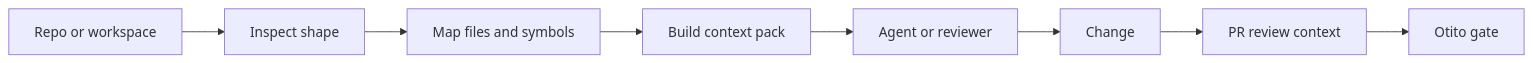
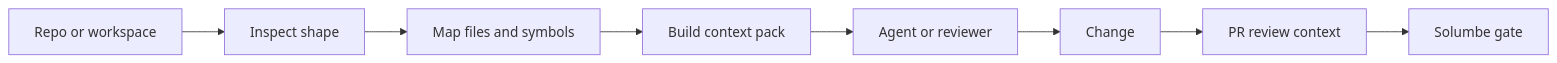
One commit to BASHBOP/otito changed the diagram in docs/index.md. Above: the diagram before and after it, drawn with Mermaid. The commit also changed other lines of this file and 198 other files, not shown here.

First line of the commit message:
refactor!: rename otito to Solumbe

````diff
--- a/docs/index.md
+++ b/docs/index.md
@@ -175,10 +175,10 @@
 ```mermaid
 flowchart LR
     A[Repo or workspace] --> B[Inspect shape]
     B --> C[Map files and symbols]
     C --> D[Build context pack]
     D --> E[Agent or reviewer]
     E --> F[Change]
     F --> G[PR review context]
-    G --> H[Otito gate]
+    G --> H[Solumbe gate]
 ```
````
